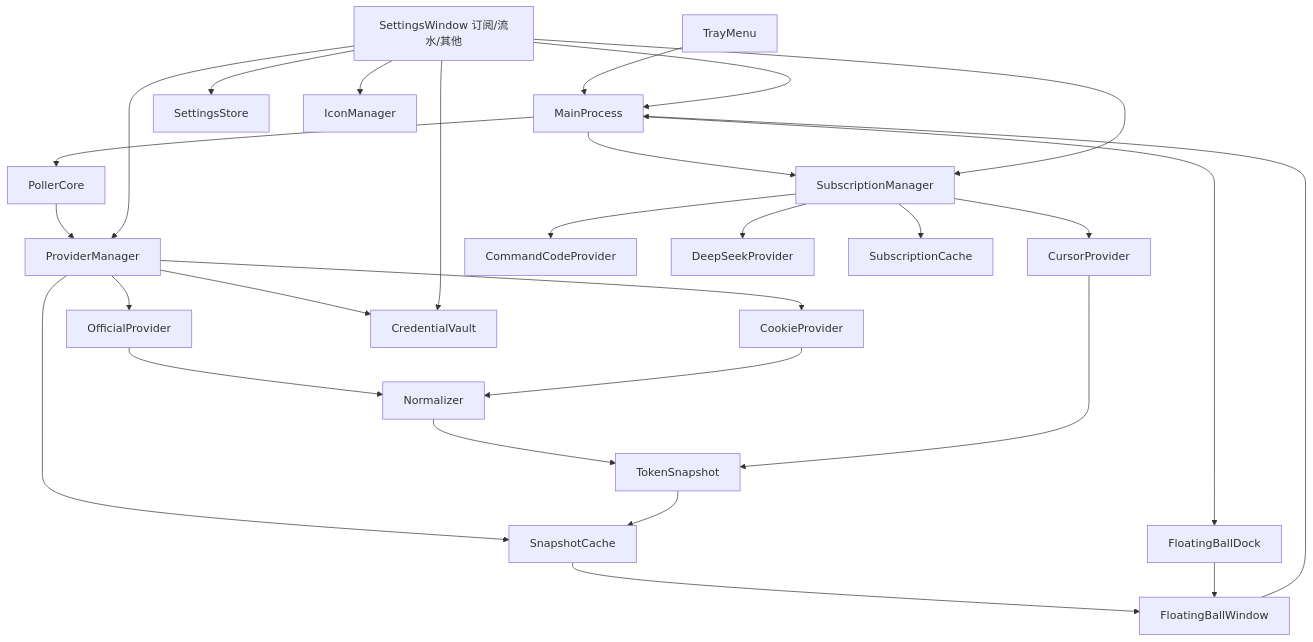
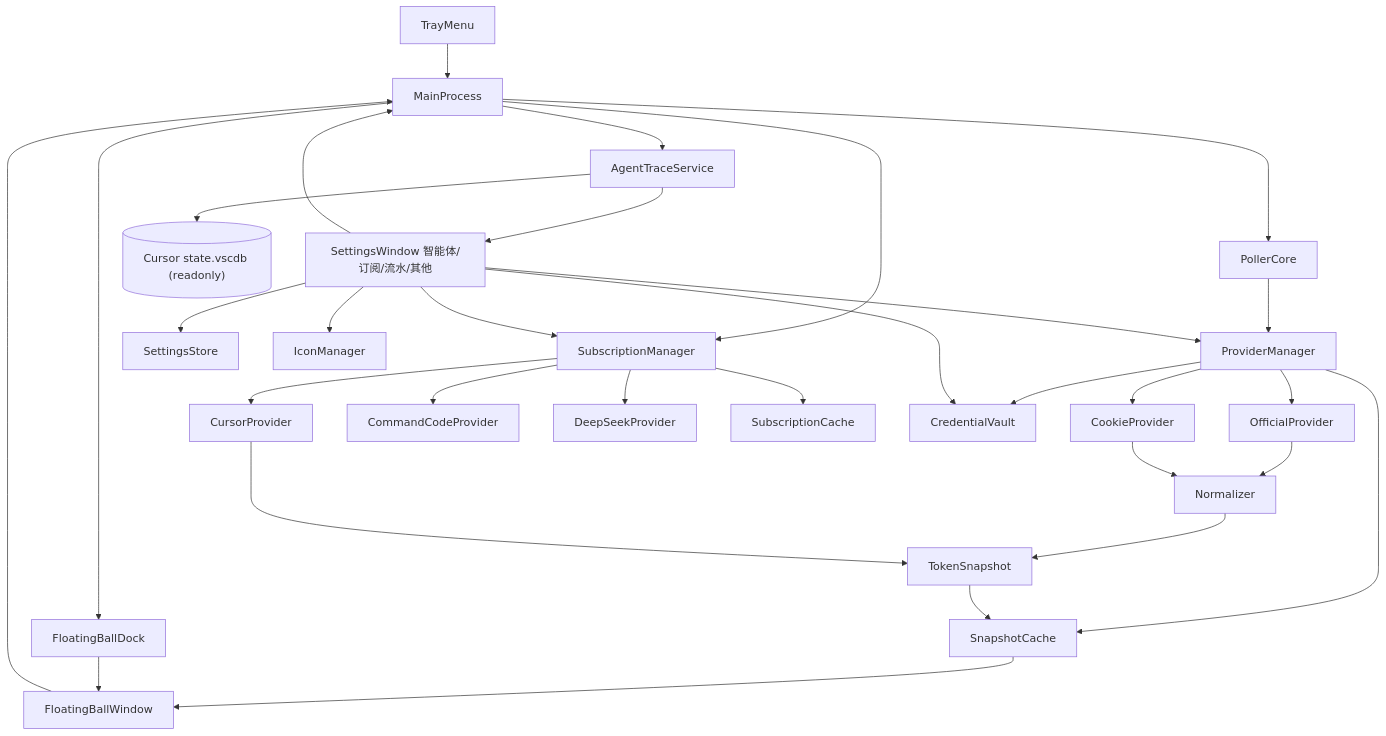
One commit to awaker1996/cursor_monitor changed the diagram in README.md. Above: the diagram before and after it, drawn with Mermaid. The commit also changed other lines of this file and 49 other files, not shown here.

````diff
--- a/README.md
+++ b/README.md
@@ -245,30 +265,33 @@
 ```mermaid
 flowchart TD
     trayMenu[TrayMenu] --> mainProcess[MainProcess]
     floatingBall[FloatingBallWindow] --> mainProcess
-    settingsWindow[SettingsWindow 订阅/流水/其他] --> mainProcess
+    settingsWindow[SettingsWindow 智能体/订阅/流水/其他] --> mainProcess
     mainProcess --> pollerCore[PollerCore]
     pollerCore --> providerManager[ProviderManager]
     providerManager --> officialProvider[OfficialProvider]
     providerManager --> cookieProvider[CookieProvider]
     providerManager --> snapshotCache[SnapshotCache]
     officialProvider --> normalizer[Normalizer]
     cookieProvider --> normalizer
     normalizer --> tokenSnapshot[TokenSnapshot]
     tokenSnapshot --> snapshotCache
     snapshotCache --> floatingBall
     mainProcess --> subscriptionManager[SubscriptionManager]
     subscriptionManager --> cursorProvider[CursorProvider]
     subscriptionManager --> commandCodeProvider[CommandCodeProvider]
     subscriptionManager --> deepSeekProvider[DeepSeekProvider]
     subscriptionManager --> subscriptionCache[SubscriptionCache]
     cursorProvider --> tokenSnapshot
     providerManager --> credentialVault[CredentialVault]
     settingsWindow --> credentialVault
     settingsWindow --> settingsStore[SettingsStore]
     settingsWindow --> iconManager[IconManager]
     settingsWindow --> providerManager
     settingsWindow --> subscriptionManager
     mainProcess --> floatingBallDock[FloatingBallDock]
     floatingBallDock --> floatingBall
+    mainProcess --> agentTraceService[AgentTraceService]
+    agentTraceService --> cursorStateDb[("Cursor state.vscdb (readonly)")]
+    agentTraceService --> settingsWindow
 ```
````
